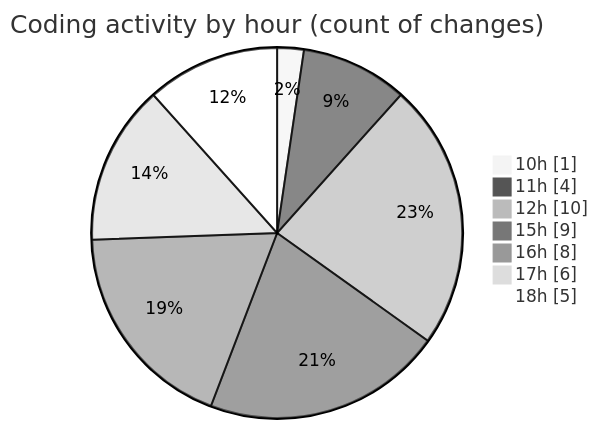
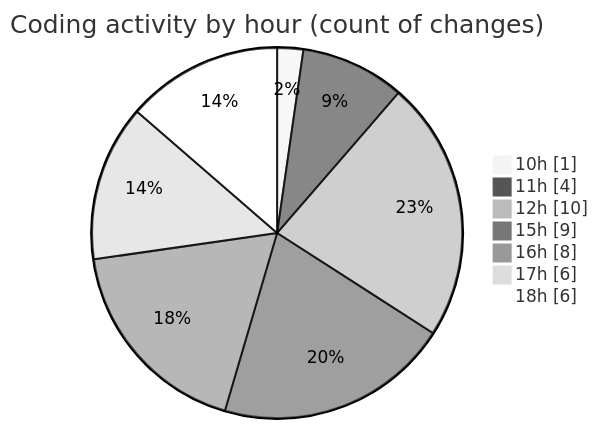
One commit to debugP/code-tracking changed the second of 2 diagrams in 2025-10-08/untitled__workspace_/README.md. Above: the diagram before and after it, drawn with Mermaid (neutral theme). The commit also changed other lines of this file and 1 other file, not shown here.

````diff
--- a/2025-10-08/untitled__workspace_/README.md
+++ b/2025-10-08/untitled__workspace_/README.md
@@ -32,11 +32,11 @@
 ```mermaid
 pie showData
 title Coding activity by hour (count of changes)
 "10h" : 1
 "11h" : 4
 "12h" : 10
 "15h" : 9
 "16h" : 8
 "17h" : 6
-"18h" : 5
+"18h" : 6
 ```
````
